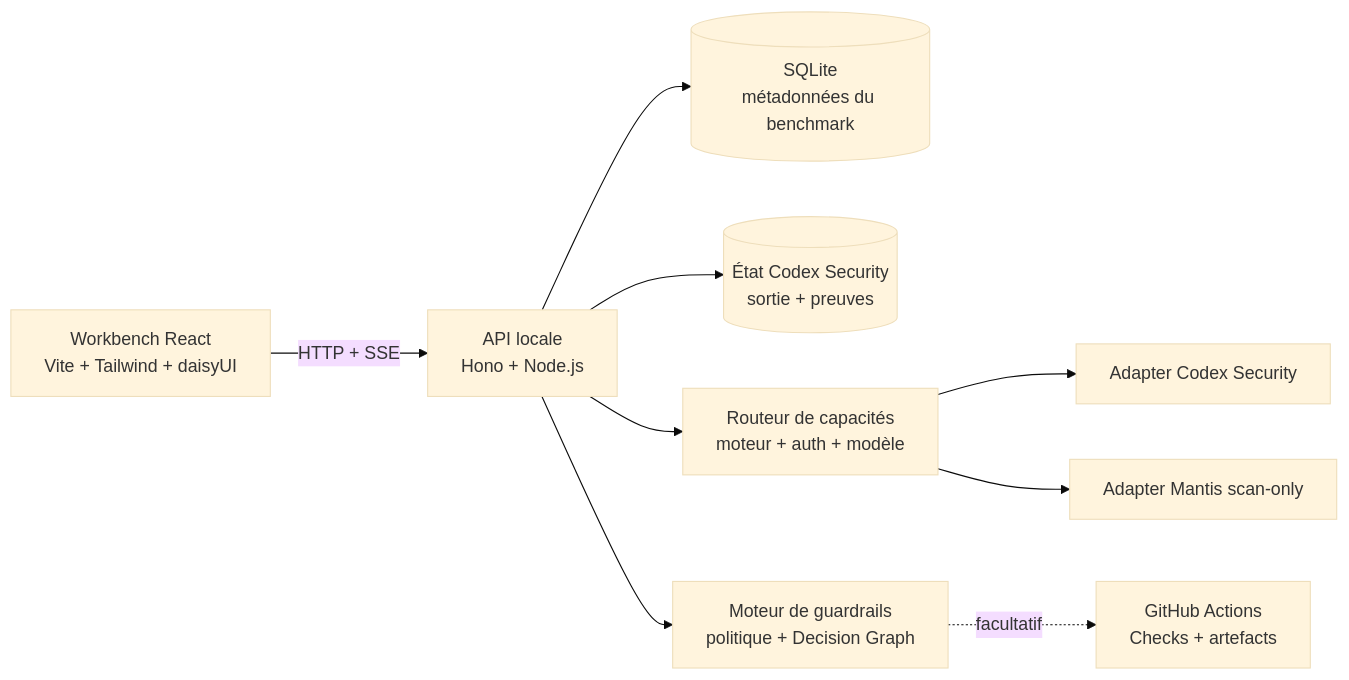
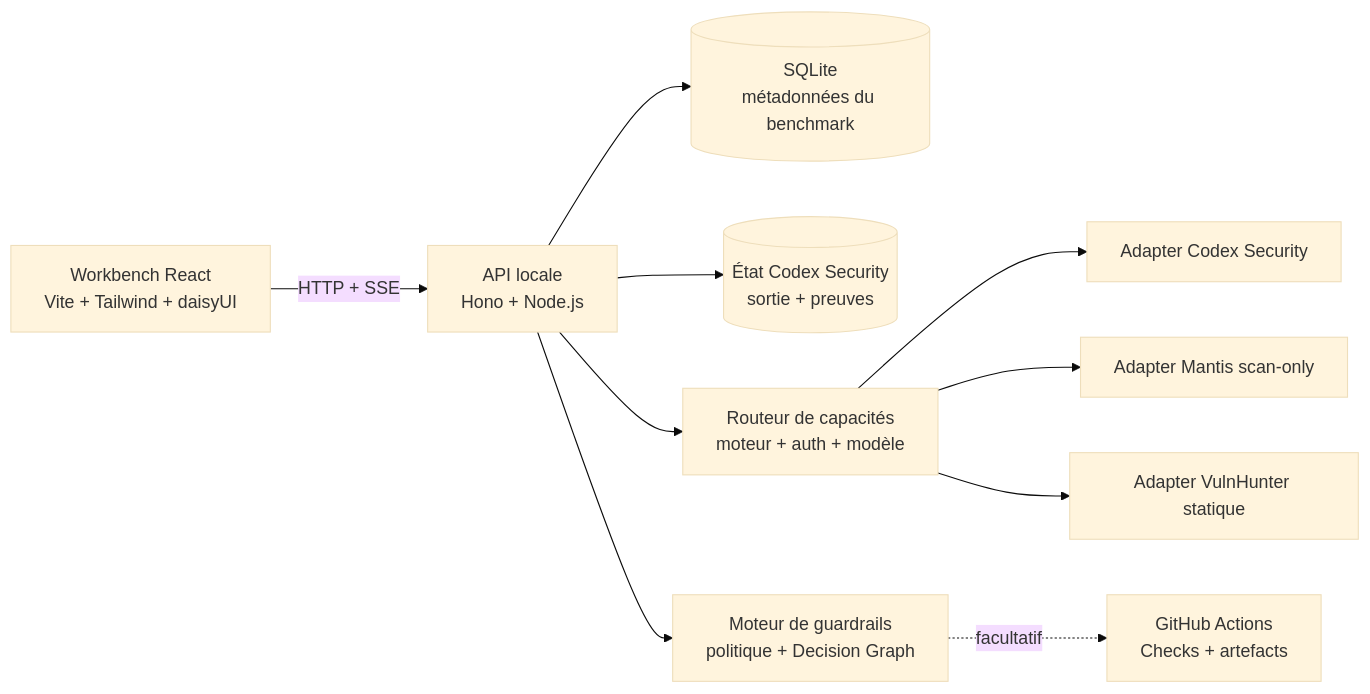
One commit to OkamiOps/okami-sentinel changed the diagram in README.fr.md. Above: the diagram before and after it, drawn with Mermaid (base theme). The commit also changed other lines of this file and 21 other files, not shown here.

Commit message:
feat(scanners): add read-only VulnHunter Codex adapter

````diff
--- a/README.fr.md
+++ b/README.fr.md
@@ -84,21 +86,23 @@
 ```mermaid
 flowchart LR
     UI["Workbench React\nVite + Tailwind + daisyUI"]
     API["API locale\nHono + Node.js"]
     DB[("SQLite\nmétadonnées du benchmark")]
     STATE[("État Codex Security\nsortie + preuves")]
     ROUTER["Routeur de capacités\nmoteur + auth + modèle"]
     SCANNER["Adapter Codex Security"]
     MANTIS["Adapter Mantis scan-only"]
+    VULNHUNTER["Adapter VulnHunter statique"]
     GATE["Moteur de guardrails\npolitique + Decision Graph"]
     GH["GitHub Actions\nChecks + artefacts"]
 
     UI -->|HTTP + SSE| API
     API --> DB
     API --> STATE
     API --> ROUTER
     ROUTER --> SCANNER
     ROUTER --> MANTIS
+    ROUTER --> VULNHUNTER
     API --> GATE
     GATE -. facultatif .-> GH
 ```
````
